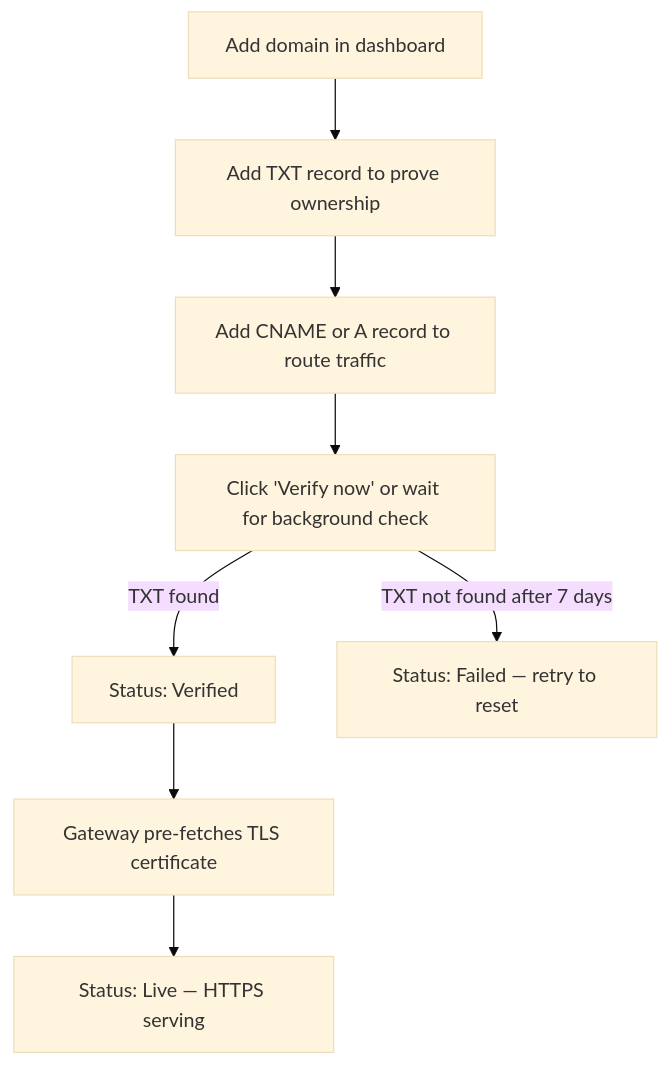
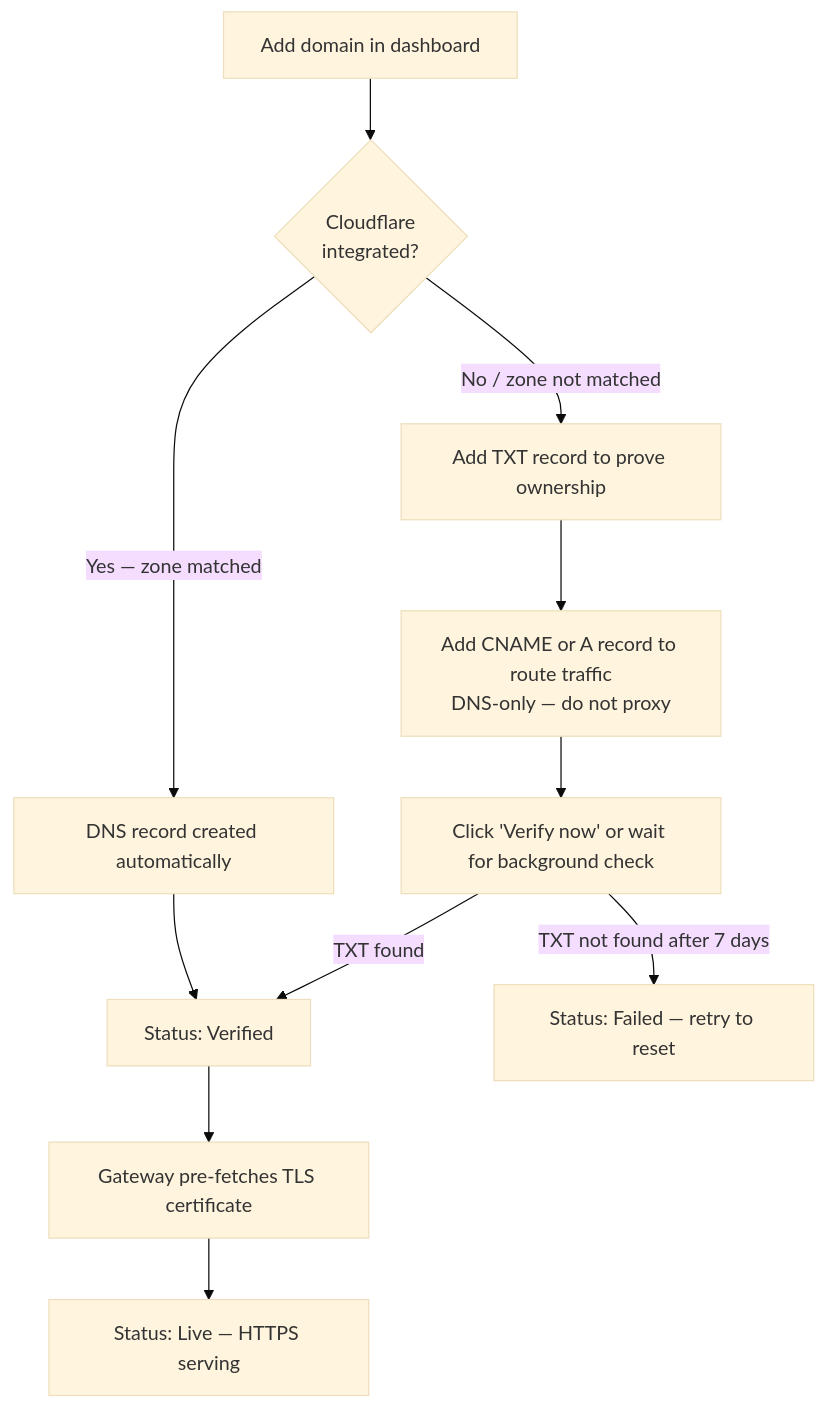
One commit to EddisonSo/cloud changed the diagram in edd-cloud-docs/docs/guides/custom-domains.md. Above: the diagram before and after it, drawn with Mermaid (base theme). The commit also changed other lines of this file, not shown here.

First line of the commit message:
docs: Cloudflare auto-DNS and the no-proxy requirement for custom domains

````diff
--- a/edd-cloud-docs/docs/guides/custom-domains.md
+++ b/edd-cloud-docs/docs/guides/custom-domains.md
@@ -16,10 +16,13 @@
 ```mermaid
 flowchart TD
-    A[Add domain in dashboard] --> B[Add TXT record to prove ownership]
-    B --> C[Add CNAME or A record to route traffic]
-    C --> D[Click 'Verify now' or wait for background check]
-    D -->|TXT found| E[Status: Verified]
-    D -->|TXT not found after 7 days| F[Status: Failed — retry to reset]
+    A[Add domain in dashboard] --> B{Cloudflare\nintegrated?}
+    B -->|Yes — zone matched| AUTO[DNS record created automatically]
+    B -->|No / zone not matched| TXT[Add TXT record to prove ownership]
+    TXT --> CNAME[Add CNAME or A record to route traffic\nDNS-only — do not proxy]
+    CNAME --> VER[Click 'Verify now' or wait for background check]
+    VER -->|TXT found| E[Status: Verified]
+    VER -->|TXT not found after 7 days| F[Status: Failed — retry to reset]
+    AUTO --> E
     E --> G[Gateway pre-fetches TLS certificate]
     G --> H[Status: Live — HTTPS serving]
 ```
````
